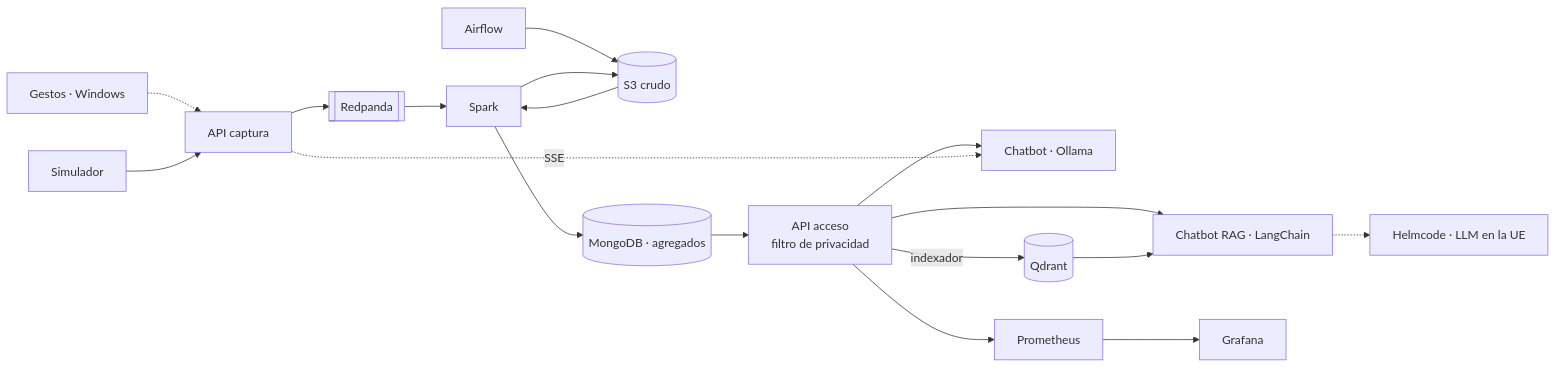
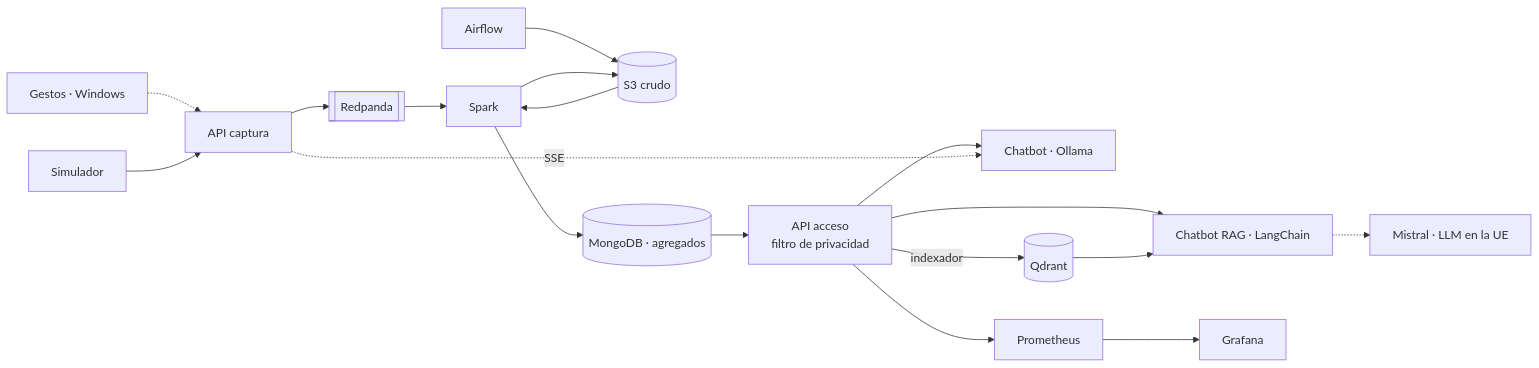
Before and after one commit to javiersaguar/PIDS-Proyecto1: the diagram in README.md, drawn with Mermaid. The commit also changed other lines of this file and 32 other files, not shown here.

Commit message:
Chatbot RAG con Mistral (ministral-14b y mistral-embed): proveedores con lista blanca, índice reindexado y textos del portal

````diff
--- a/README.md
+++ b/README.md
@@ -67,14 +67,14 @@
 ```mermaid
 flowchart LR
     G[Gestos · Windows] -.-> CAP[API captura]
     SIM[Simulador] --> CAP --> RP[[Redpanda]] --> SP[Spark]
     AF[Airflow] --> S3[(S3 crudo)] --> SP
     SP --> S3
     SP --> MG[(MongoDB · agregados)] --> ACC[API acceso<br/>filtro de privacidad]
     ACC --> BOT[Chatbot · Ollama]
     ACC --> RAG[Chatbot RAG · LangChain]
     ACC -- indexador --> QD[(Qdrant)] --> RAG
-    RAG -.-> HC[Helmcode · LLM en la UE]
+    RAG -.-> HC[Mistral · LLM en la UE]
     ACC --> PR[Prometheus] --> GR[Grafana]
     CAP -. SSE .-> BOT
 ```
````
